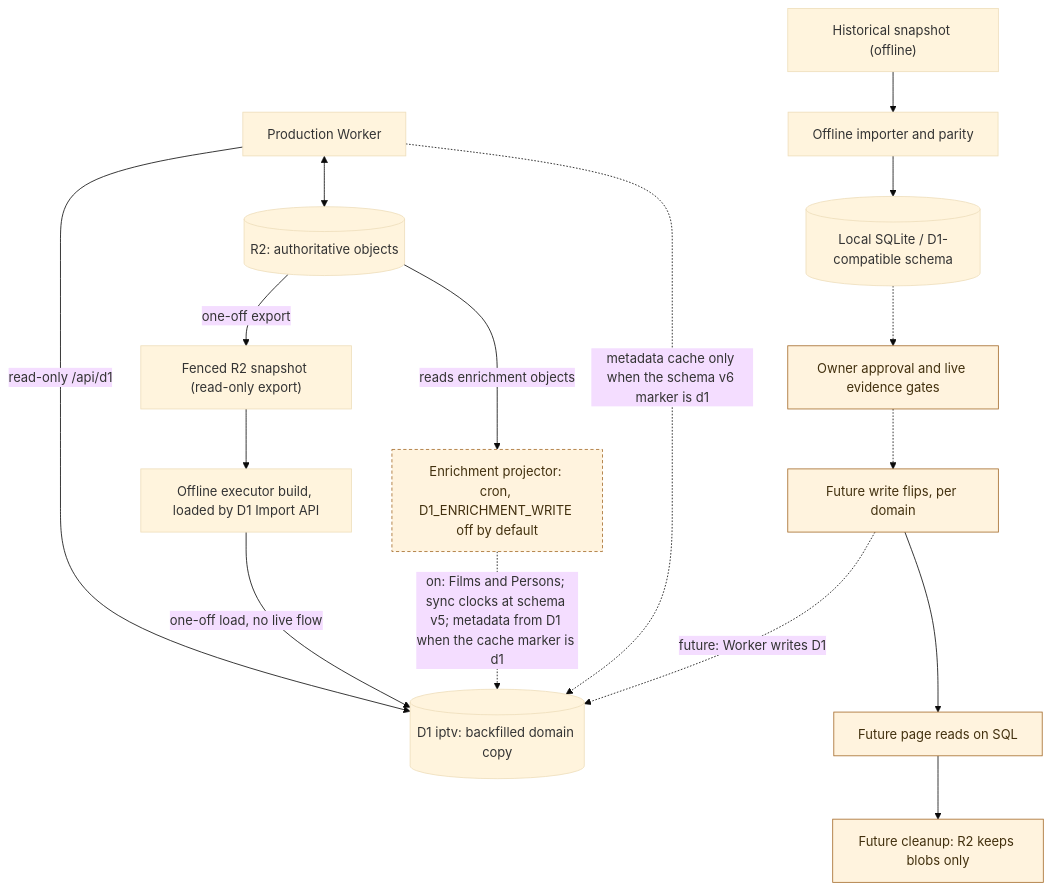
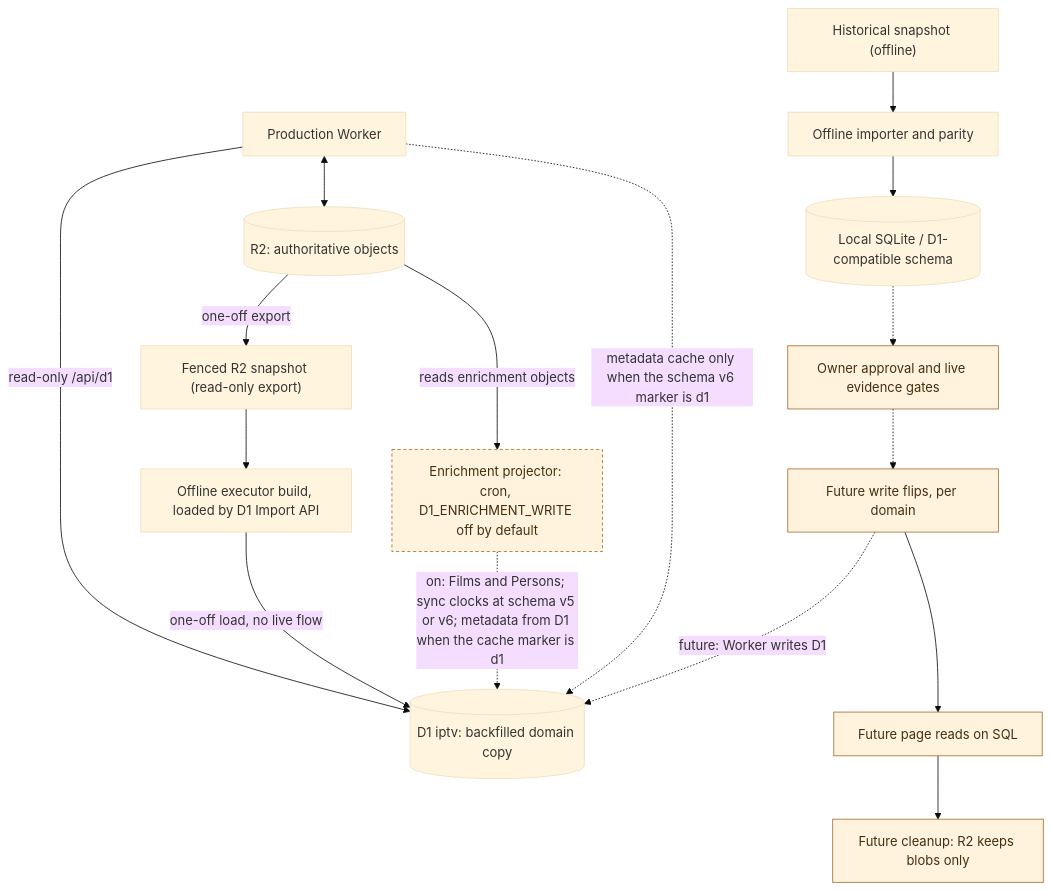
One commit to vladimino/iptv-watchlist changed the diagram in docs/architecture/persistence-and-migration.md. Above: the diagram before and after it, drawn with Mermaid (base theme).

Commit message:
docs: clarify v6 metadata sync clock projection in Mermaid

````diff
--- a/docs/architecture/persistence-and-migration.md
+++ b/docs/architecture/persistence-and-migration.md
@@ -5,29 +5,29 @@
 ```mermaid
 flowchart TD
     worker["Production Worker"]
     r2[("R2: authoritative objects")]
     archive["Historical snapshot (offline)"]
     importer["Offline importer and parity"]
     local[("Local SQLite / D1-compatible schema")]
     gate["Owner approval and live evidence gates"]
     snapshot["Fenced R2 snapshot (read-only export)"]
     reload["Offline executor build, loaded by D1 Import API"]
     d1[("D1 iptv: backfilled domain copy")]
     projector["Enrichment projector: cron, D1_ENRICHMENT_WRITE off by default"]
     flipWrite["Future write flips, per domain"]
     flipRead["Future page reads on SQL"]
     retire["Future cleanup: R2 keeps blobs only"]
     worker <--> r2
     worker -->|read-only /api/d1| d1
     archive --> importer --> local
     local -.-> gate
     r2 -->|one-off export| snapshot --> reload -->|one-off load, no live flow| d1
-    r2 -->|reads enrichment objects| projector -.->|on: Films and Persons; sync clocks at schema v5; metadata from D1 when the cache marker is d1| d1
+    r2 -->|reads enrichment objects| projector -.->|on: Films and Persons; sync clocks at schema v5 or v6; metadata from D1 when the cache marker is d1| d1
     worker -.->|metadata cache only when the schema v6 marker is d1| d1
     gate -.-> flipWrite -.->|future: Worker writes D1| d1
     flipWrite --> flipRead --> retire
     classDef future fill:#fff3de,stroke:#a56c2b,color:#42300e
     classDef gated fill:#fff3de,stroke:#a56c2b,color:#42300e,stroke-dasharray:4 3
     class gate,flipWrite,flipRead,retire future
     class projector gated
 ```
````
